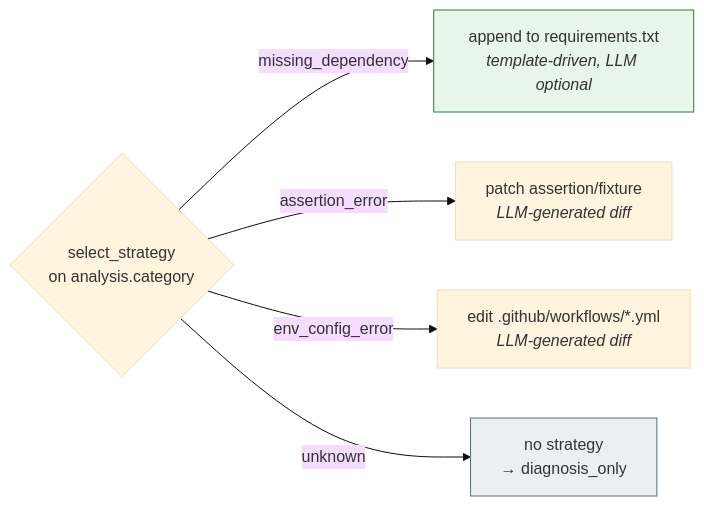
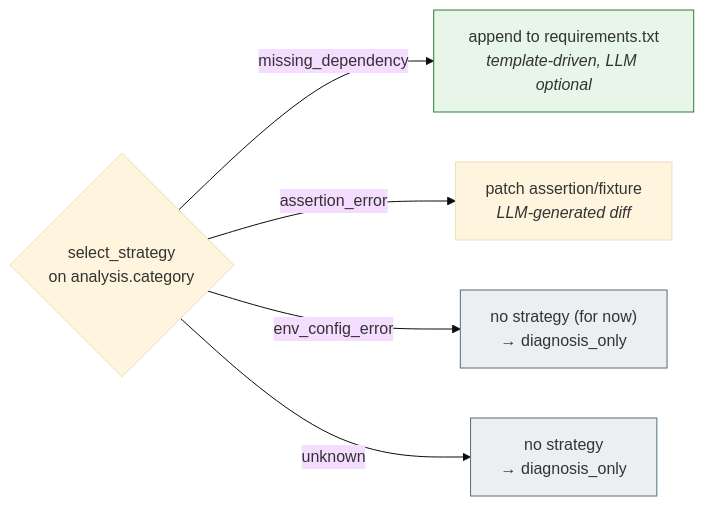
The sixth of 11 diagrams in docs/4_architecture.md (abhishekKokadwar/CIDRA), drawn with Mermaid (base theme) before and after one commit. The commit also changed other lines of this file and 3 other files, not shown here.

First line of the commit message:
env_config_error: diagnosis only, no fix strategy (Option B)

````diff
--- a/docs/4_architecture.md
+++ b/docs/4_architecture.md
@@ -407,11 +407,12 @@
 ```mermaid
 graph LR
     S{"select_strategy<br/>on analysis.category"}
     S -->|missing_dependency| D["append to requirements.txt<br/><i>template-driven, LLM optional</i>"]
     S -->|assertion_error| A["patch assertion/fixture<br/><i>LLM-generated diff</i>"]
-    S -->|env_config_error| E["edit .github/workflows/*.yml<br/><i>LLM-generated diff</i>"]
+    S -->|env_config_error| U2["no strategy (for now)<br/>→ diagnosis_only"]
     S -->|unknown| U["no strategy<br/>→ diagnosis_only"]
 
     style D fill:#e8f5e9,stroke:#2e7d32
     style U fill:#eceff1,stroke:#546e7a
+    style U2 fill:#eceff1,stroke:#546e7a
 ```
````
